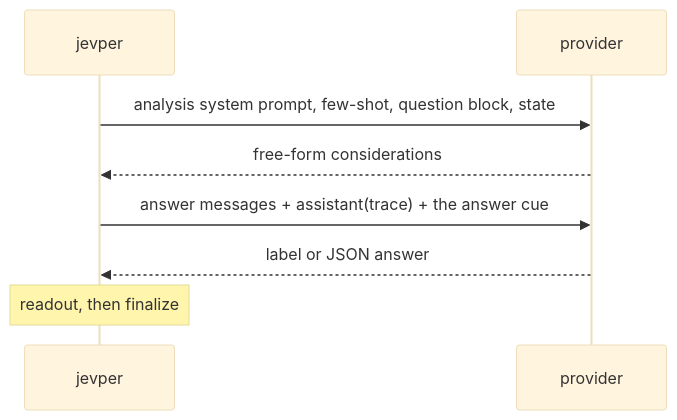
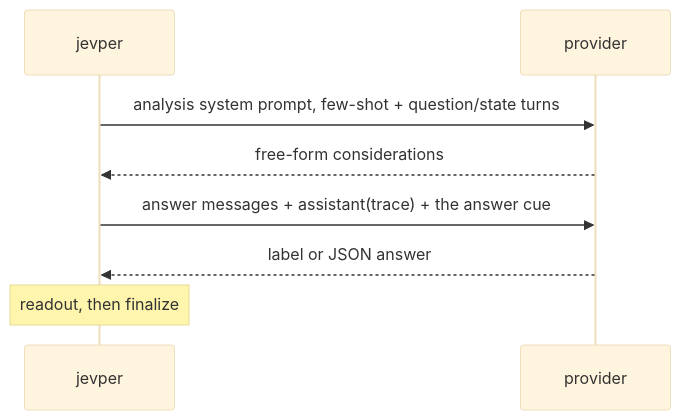
The second of 2 diagrams in docs/reasoning.md (zhulinchng/jevper), drawn with Mermaid (base theme) before and after one commit. The commit also changed other lines of this file and 16 other files, not shown here.

````diff
--- a/docs/reasoning.md
+++ b/docs/reasoning.md
@@ -72,10 +99,10 @@
 ```mermaid
 sequenceDiagram
     participant C as jevper
     participant P as provider
-    C->>P: analysis system prompt, few-shot, question block, state
+    C->>P: analysis system prompt, few-shot + question/state turns
     P-->>C: free-form considerations
     C->>P: answer messages + assistant(trace) + the answer cue
     P-->>C: label or JSON answer
     Note over C: readout, then finalize
 ```
````
